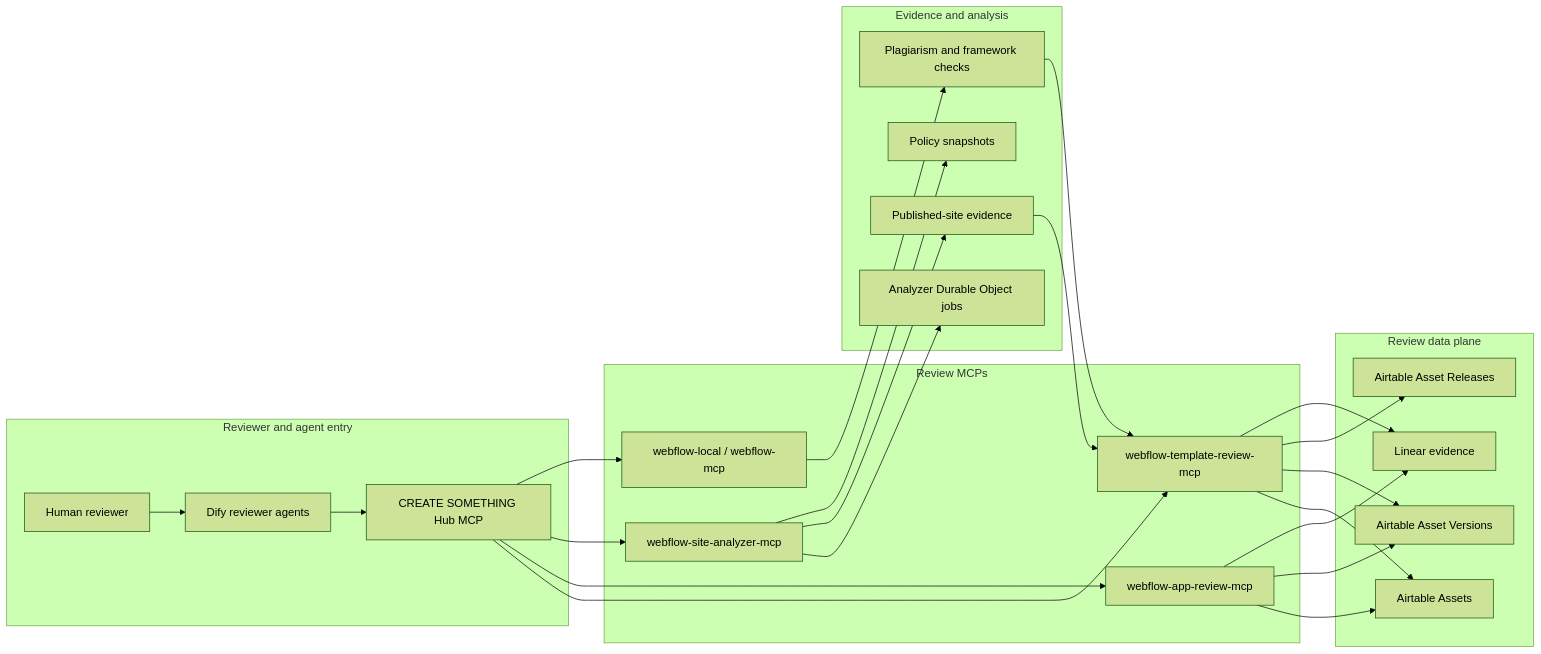
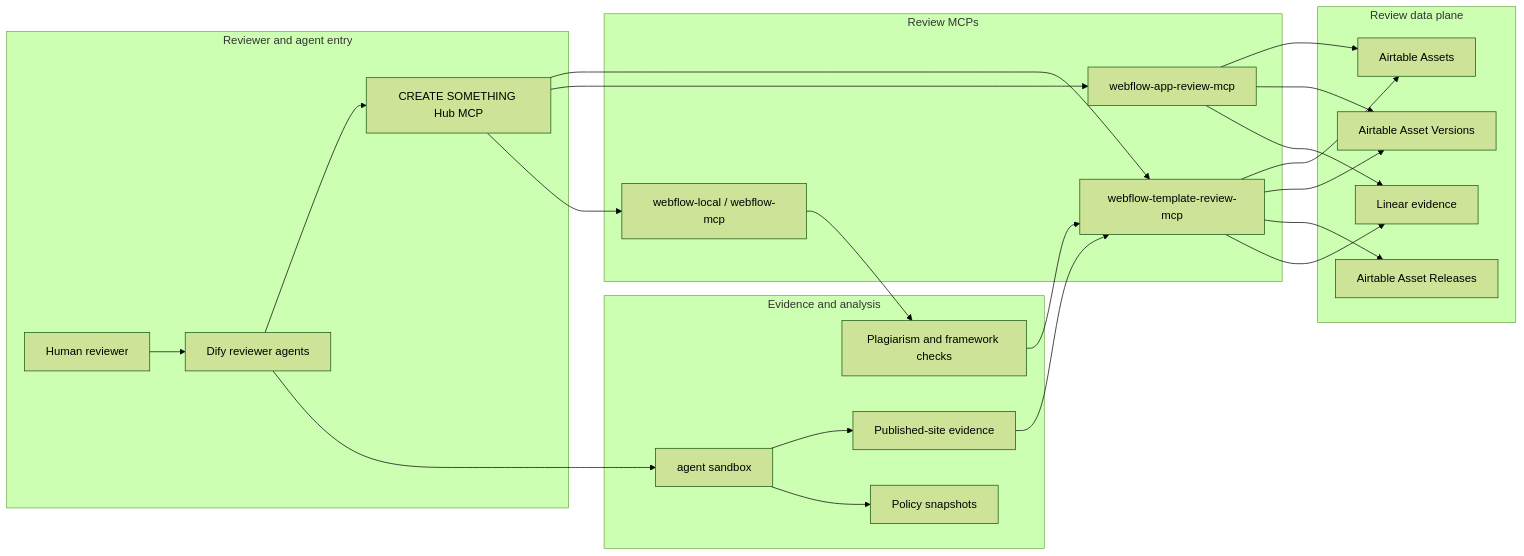
The second of 3 diagrams in docs/WEBFLOW_SURFACE_OWNERSHIP_RUNTIME_MAP.md (createsomethingtoday/create-something-monorepo), drawn with Mermaid (forest theme) before and after one commit. The commit also changed other lines of this file and 33 other files, not shown here.

Commit message:
Retire Webflow site analyzer from reviewer flow

````diff
--- a/docs/WEBFLOW_SURFACE_OWNERSHIP_RUNTIME_MAP.md
+++ b/docs/WEBFLOW_SURFACE_OWNERSHIP_RUNTIME_MAP.md
@@ -78,52 +78,50 @@
 ```mermaid
 flowchart LR
   subgraph ReviewEntry["Reviewer and agent entry"]
     Dify["Dify reviewer agents"]
     Hub["CREATE SOMETHING Hub MCP"]
     Reviewer["Human reviewer"]
   end
 
   subgraph ReviewMCPs["Review MCPs"]
     TemplateMCP["webflow-template-review-mcp"]
     AppMCP["webflow-app-review-mcp"]
-    AnalyzerMCP["webflow-site-analyzer-mcp"]
     LocalMCP["webflow-local / webflow-mcp"]
   end
 
   subgraph Evidence["Evidence and analysis"]
+    AgentSandbox["agent sandbox"]
     PublishedEvidence["Published-site evidence"]
     PolicySnapshots["Policy snapshots"]
     Plagiarism["Plagiarism and framework checks"]
-    AnalyzerJobs["Analyzer Durable Object jobs"]
   end
 
   subgraph ReviewData["Review data plane"]
     AirtableAssets["Airtable Assets"]
     AirtableVersions["Airtable Asset Versions"]
     AirtableReleases["Airtable Asset Releases"]
     Linear["Linear evidence"]
   end
 
   Reviewer --> Dify
   Dify --> Hub
   Hub --> TemplateMCP
   Hub --> AppMCP
-  Hub --> AnalyzerMCP
   Hub --> LocalMCP
+  Dify --> AgentSandbox
 
   TemplateMCP --> AirtableAssets
   TemplateMCP --> AirtableVersions
   TemplateMCP --> AirtableReleases
   AppMCP --> AirtableAssets
   AppMCP --> AirtableVersions
 
-  AnalyzerMCP --> AnalyzerJobs
-  AnalyzerMCP --> PublishedEvidence
-  AnalyzerMCP --> PolicySnapshots
+  AgentSandbox --> PublishedEvidence
+  AgentSandbox --> PolicySnapshots
   LocalMCP --> Plagiarism
 
   PublishedEvidence --> TemplateMCP
   Plagiarism --> TemplateMCP
   TemplateMCP --> Linear
   AppMCP --> Linear
 ```
````
